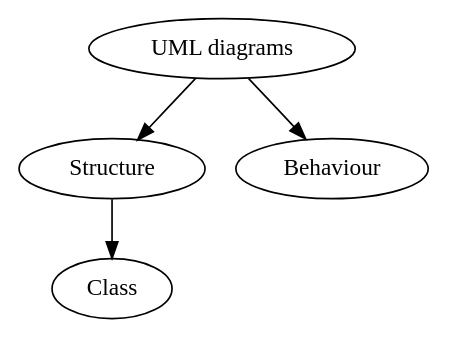
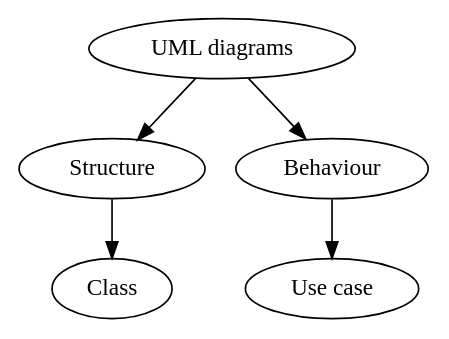
The first of 8 diagrams in doc/flowcharts.md (UPPMAX/programming_formalisms_intro), drawn with Graphviz before and after one commit.

````diff
--- a/doc/flowcharts.md
+++ b/doc/flowcharts.md
@@ -57,9 +57,10 @@
 ```{graphviz}
 digraph{
 "UML diagrams"
 Structure, Behaviour
 "UML diagrams" -> Structure
 "UML diagrams" -> Behaviour
 Structure -> Class
+Behaviour -> "Use case"
 }
 ```
````
